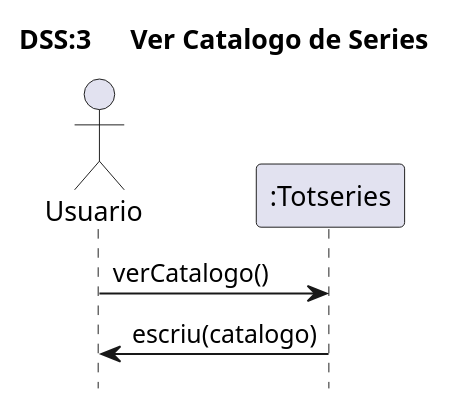
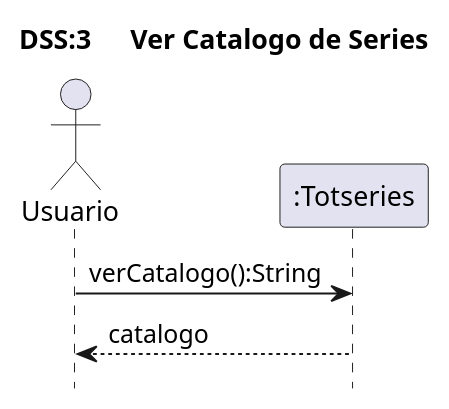
One commit to MrViciao/TotSeries changed the diagram in src/totseries/Uml/Sistema/Diagrama de Sistema UC3.puml. Above: the diagram before and after it, drawn with PlantUML. The commit also changed 7 other files, not shown here.

```diff
--- a/src/totseries/Uml/Sistema/Diagrama de Sistema UC3.puml
+++ b/src/totseries/Uml/Sistema/Diagrama de Sistema UC3.puml
@@ -1,10 +1,10 @@
 @startuml
 title	DSS:3	Ver Catalogo de Series
 
 hide	footbox
 
 actor	Usuario	as	user
-user	->	":Totseries":verCatalogo()
-":Totseries" -> user :escriu(catalogo)
+user	->	":Totseries":verCatalogo():String
+":Totseries" --> user :catalogo
 
 @enduml
```
